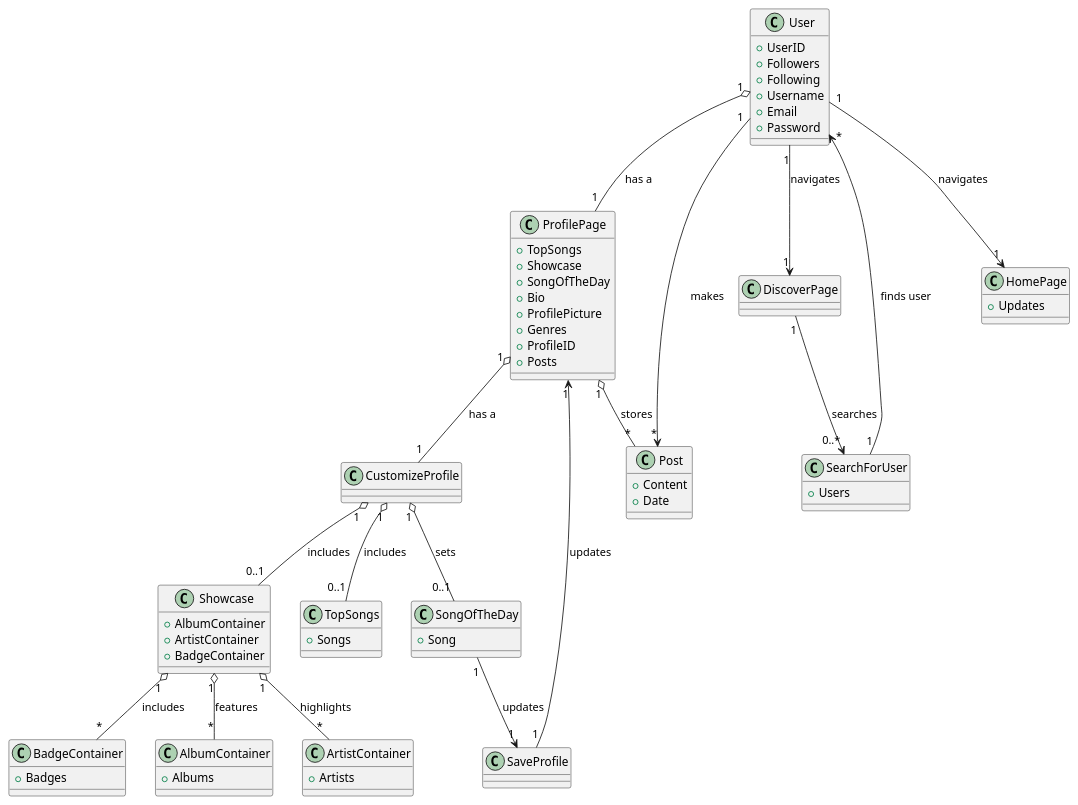
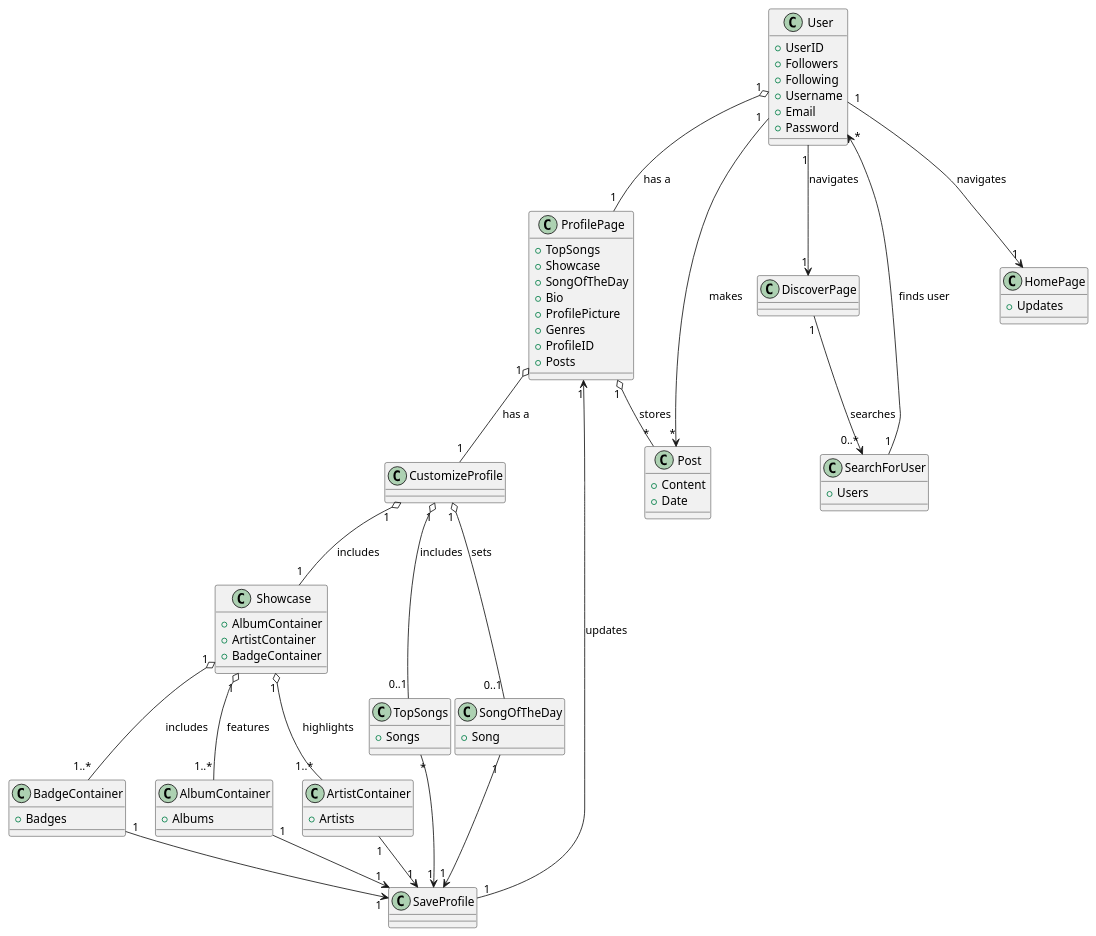
The first of 2 diagrams in assigmentmodels/domainmodel.plantuml (heloboyIvanschool/PA2576-Programvaruintensiv-produktutveckling), drawn with PlantUML before and after one commit. The commit also changed other lines of this file, not shown here.

```diff
--- a/assigmentmodels/domainmodel.plantuml
+++ b/assigmentmodels/domainmodel.plantuml
@@ -1,109 +1,112 @@
 @startuml "Version 1"
 
 class User {
     + UserID
     + Followers
     + Following
     + Username
     + Email
     + Password
 }
 
 class ProfilePage {
     + TopSongs
     + Showcase
     + SongOfTheDay
     + Bio
     + ProfilePicture
     + Genres
     + ProfileID
     + Posts
 }
 
 class CustomizeProfile {
 }
 
 class Post {
     + Content
     + Date
 }
 
 class TopSongs {
     + Songs
 }
 
 class DiscoverPage {
 }
 
 class Showcase {
     + AlbumContainer
     + ArtistContainer
     + BadgeContainer
 }
 
 class AlbumContainer {
     + Albums
 }
 
 class ArtistContainer {
     + Artists
 }
 
 class BadgeContainer {
     + Badges
 }
 
 class HomePage {
     + Updates
 }
 
 class SearchForUser {
     + Users
 }
 
 class SaveProfile {
 }
 
 class SongOfTheDay {
     + Song
 }
 
-' ----- AGGREGATIONER OCH KORRIGERADE RELATIONER -----
 
 ' Aggregation: User has a ProfilePage
 User "1" o-- "1" ProfilePage: "has a"
 
 ' Aggregation: ProfilePage contains multiple Posts
 ProfilePage "1" o-- "*" Post: "stores"
 
 ' User creates multiple Posts
 User "1" --> "*" Post: "makes"
 
-' Aggregation: ProfilePage has a CustomizeProfile
+' Aggregation: ProfilePage has a CustomizeProfile (Exakt en)
 ProfilePage "1" o-- "1" CustomizeProfile: "has a"
 
-' Aggregation: CustomizeProfile contains TopSongs and Showcase
+' Aggregation: CustomizeProfile innehåller Showcase (obligatoriskt) och TopSongs (valfritt)
+CustomizeProfile "1" o-- "1" Showcase: "includes"
 CustomizeProfile "1" o-- "0..1" TopSongs: "includes"
-CustomizeProfile "1" o-- "0..1" Showcase: "includes"
 
-' Aggregation: Showcase contains AlbumContainer, ArtistContainer, BadgeContainer
-Showcase "1" o-- "*" AlbumContainer: "features"
-Showcase "1" o-- "*" ArtistContainer: "highlights"
-Showcase "1" o-- "*" BadgeContainer: "includes"
+' Aggregation: Showcase innehåller AlbumContainer, ArtistContainer, BadgeContainer (minst en måste finnas)
+Showcase "1" o-- "1..*" AlbumContainer: "features"
+Showcase "1" o-- "1..*" ArtistContainer: "highlights"
+Showcase "1" o-- "1..*" BadgeContainer: "includes"
 
-' Many-to-One: DiscoverPage is linked to SearchForUser
+' Many-to-One: DiscoverPage är kopplat till SearchForUser
 DiscoverPage "1" --> "0..*" SearchForUser: "searches"
 SearchForUser "1" --> "*" User: "finds user"
 
-' Many-to-One: SongOfTheDay and SaveProfile
+' Many-to-One: SongOfTheDay och SaveProfile
 CustomizeProfile "1" o-- "0..1" SongOfTheDay: "sets"
-SongOfTheDay "1" --> "1" SaveProfile: "updates"
+SongOfTheDay "1" --> "1" SaveProfile
 
-' Many-to-One: SaveProfile updates ProfilePage
+' Many-to-One: SaveProfile uppdaterar ProfilePage (inte bara SongOfTheDay)
 SaveProfile "1" --> "1" ProfilePage: "updates"
+AlbumContainer "1" --> "1" SaveProfile
+ArtistContainer "1" --> "1" SaveProfile
+BadgeContainer "1" --> "1" SaveProfile
+TopSongs "*" --> "1" SaveProfile
 
-' Many-to-One: User navigates to DiscoverPage and HomePage
+' Many-to-One: User navigates till DiscoverPage och HomePage
 User "1" --> "1" DiscoverPage: "navigates"
 User "1" --> "1" HomePage: "navigates"
 
 @enduml
```
